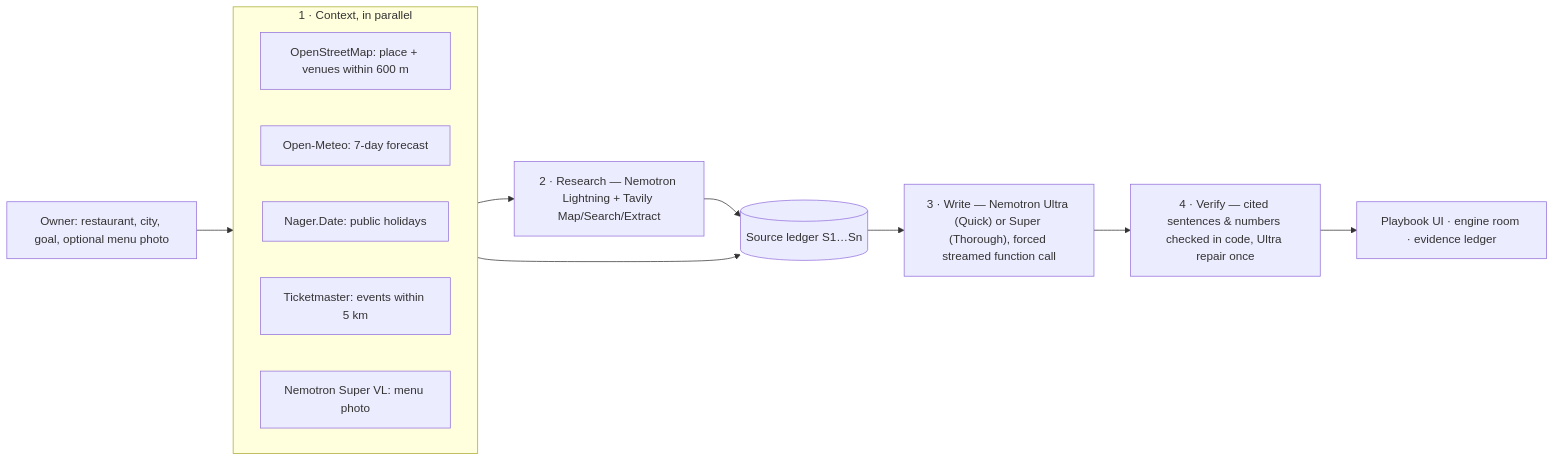
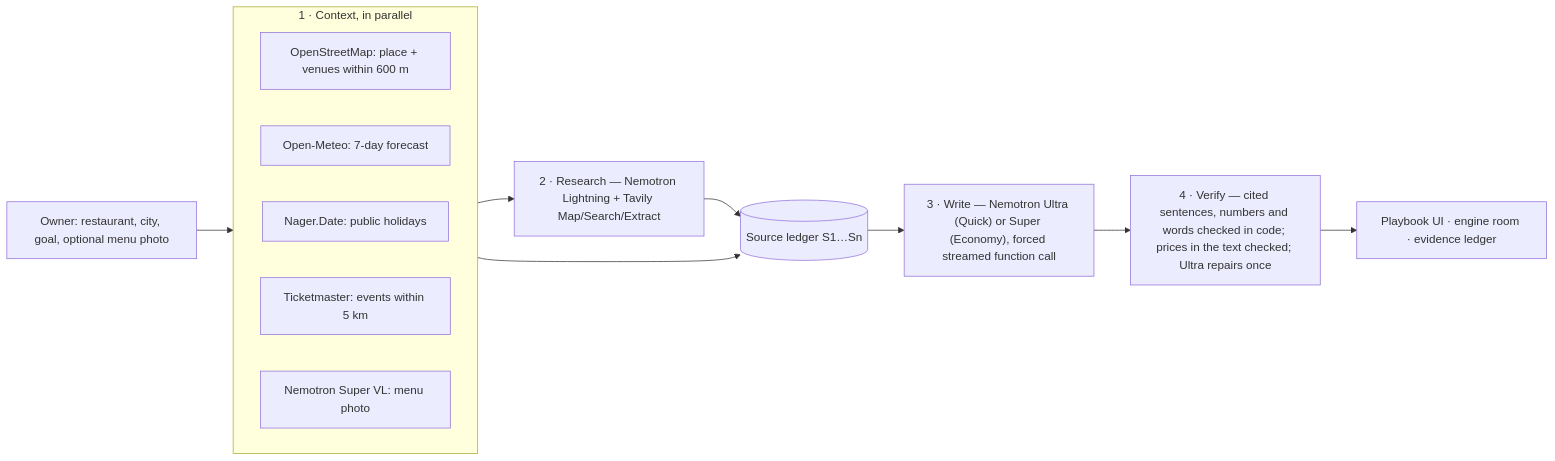
The diagram in README.md (antonmareo10/tablecast), drawn with Mermaid before and after one commit. The commit also changed other lines of this file and 15 other files, not shown here.

````diff
--- a/README.md
+++ b/README.md
@@ -85,18 +86,18 @@
 ```mermaid
 flowchart LR
   A["Owner: restaurant, city, goal, optional menu photo"] --> B
   subgraph B["1 · Context, in parallel"]
     direction LR
     B1["OpenStreetMap: place + venues within 600 m"]
     B2["Open-Meteo: 7-day forecast"]
     B3["Nager.Date: public holidays"]
     B4["Ticketmaster: events within 5 km"]
     B5["Nemotron Super VL: menu photo"]
   end
   B --> C["2 · Research — Nemotron Lightning + Tavily Map/Search/Extract"]
   C --> L[("Source ledger S1…Sn")]
   B --> L
-  L --> D["3 · Write — Nemotron Ultra (Quick) or Super (Thorough), forced streamed function call"]
-  D --> E["4 · Verify — cited sentences & numbers checked in code, Ultra repair once"]
+  L --> D["3 · Write — Nemotron Ultra (Quick) or Super (Economy), forced streamed function call"]
+  D --> E["4 · Verify — cited sentences, numbers and words checked in code; prices in the text checked; Ultra repairs once"]
   E --> F["Playbook UI · engine room · evidence ledger"]
 ```
````
